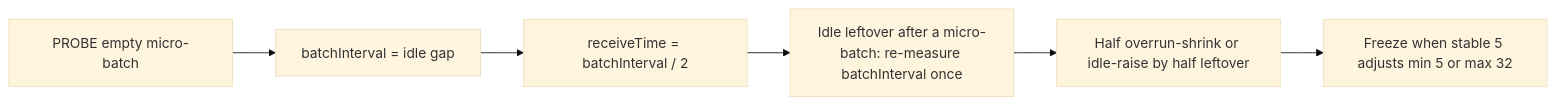
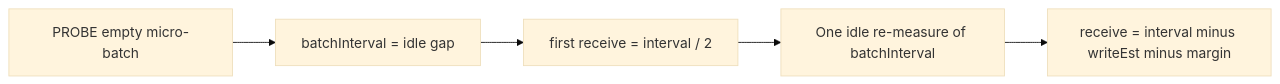
One commit to juarezr/spark-streaming-google-pubsub changed the second of 2 diagrams in README.md. Above: the diagram before and after it, drawn with Mermaid (base theme). The commit also changed other lines of this file and 2 other files, not shown here.

Commit message:
fix: update AutoBatchTime logic for receiveTime estimation with write-first approach
- Simplified the receiveTime calculation by introducing a write-first approach that accounts for estimated write times and margins.
- Removed the freezing mechanism for receiveTime adjustments, focusing on rate-limiting instead.
- Enhanced documentation in README and code comments to reflect the new logic and flow.
- Updated tests to ensure accuracy of the new receiveTime behavior and margin calculations.

````diff
--- a/README.md
+++ b/README.md
@@ -216,10 +216,9 @@
 ```mermaid
 flowchart LR
   probe[PROBE empty micro-batch]
   seed[batchInterval = idle gap]
-  half[receiveTime = batchInterval / 2]
-  idleRaise[Idle leftover after a micro-batch: re-measure batchInterval once]
-  adjust[Half overrun-shrink or idle-raise by half leftover]
-  freeze[Freeze when stable 5 adjusts min 5 or max 32]
-  probe --> seed --> half --> idleRaise --> adjust --> freeze
+  half[first receive = interval / 2]
+  idleRaise[One idle re-measure of batchInterval]
+  writeFirst[receive = interval minus writeEst minus margin]
+  probe --> seed --> half --> idleRaise --> writeFirst
 ```
````
